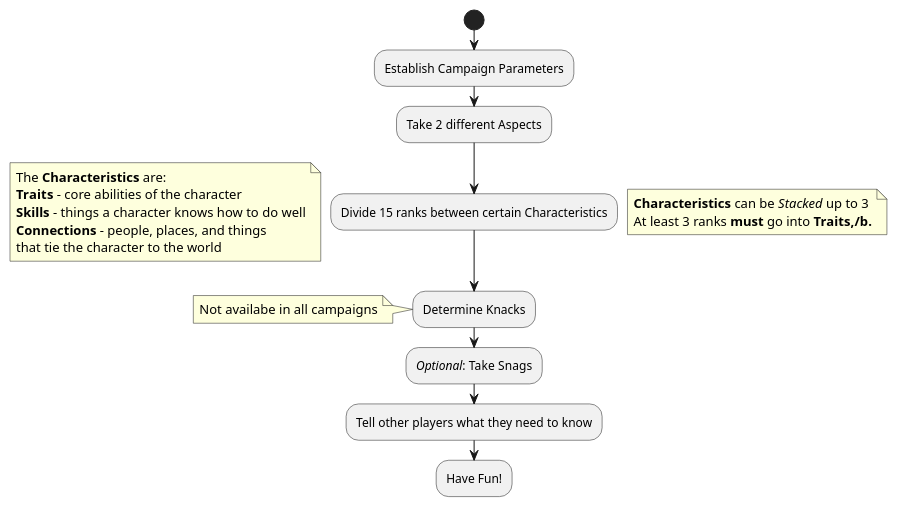
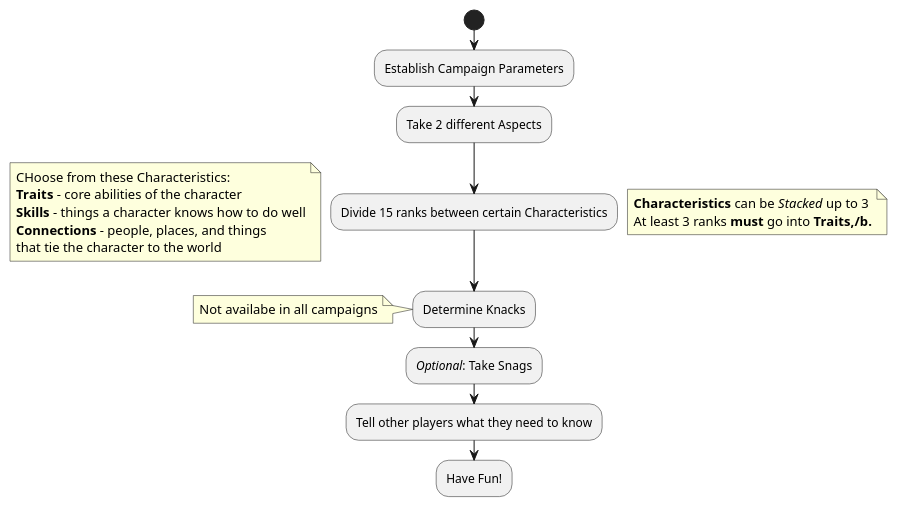
Before and after one commit to s-20/unnamed: the diagram in CCSummary.md, drawn with PlantUML. The commit also changed 15 other files, not shown here.

````diff
--- a/CCSummary.md
+++ b/CCSummary.md
@@ -11,25 +11,25 @@
 ```plantuml
 @startuml
 start
 :Establish Campaign Parameters;
 :Take 2 different Aspects;
 :Divide 15 ranks between certain Characteristics;
 note right
 <b>Characteristics</b> can be //Stacked// up to 3
 At least 3 ranks <b>must</b> go into <b>Traits,/b.
 end note
 note left
-The <b>Characteristics</b> are:
+CHoose from these Characteristics:
 <b>Traits</b> - core abilities of the character
 <b>Skills</b> - things a character knows how to do well
 <b>Connections</b> - people, places, and things
 that tie the character to the world
 end note
 :Determine Knacks;
 note: Not availabe in all campaigns
 ://Optional//: Take Snags;
 :Tell other players what they need to know;
 :Have Fun!;
 @enduml
 stop
 ```
````
